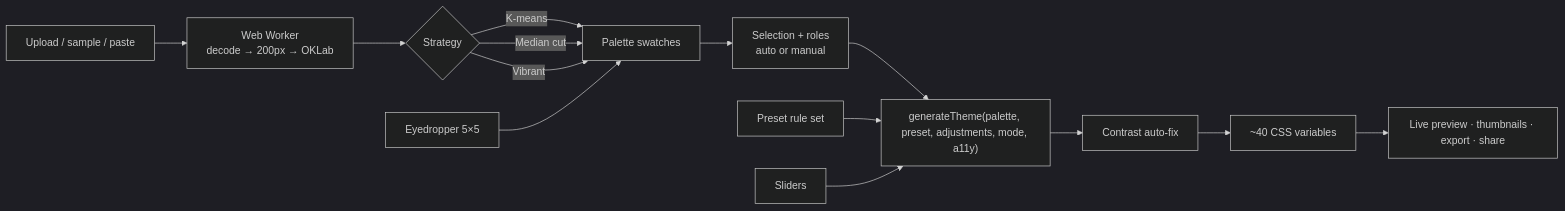
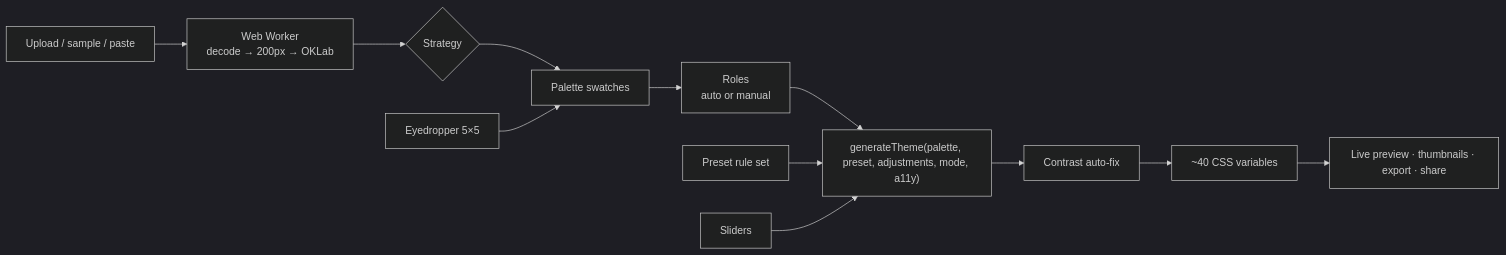
The diagram in README.md (Adiiiiiiiiiiithegoat/superchromatic), drawn with Mermaid (dark theme) before and after one commit. The commit also changed other lines of this file, not shown here.

````diff
--- a/README.md
+++ b/README.md
@@ -45,16 +45,14 @@
 ```mermaid
 flowchart LR
   A[Upload / sample / paste] --> B[Web Worker<br/>decode → 200px → OKLab]
   B --> C{Strategy}
-  C -->|K-means| D[Palette swatches]
-  C -->|Median cut| D
-  C -->|Vibrant| D
+  C --> D[Palette swatches]
   E[Eyedropper 5×5] --> D
-  D --> F[Selection + roles<br/>auto or manual]
+  D --> F[Roles<br/>auto or manual]
   F --> G["generateTheme(palette, preset, adjustments, mode, a11y)"]
   H[Preset rule set] --> G
   I[Sliders] --> G
   G --> J[Contrast auto-fix]
   J --> K[~40 CSS variables]
   K --> L[Live preview · thumbnails · export · share]
 ```
````
